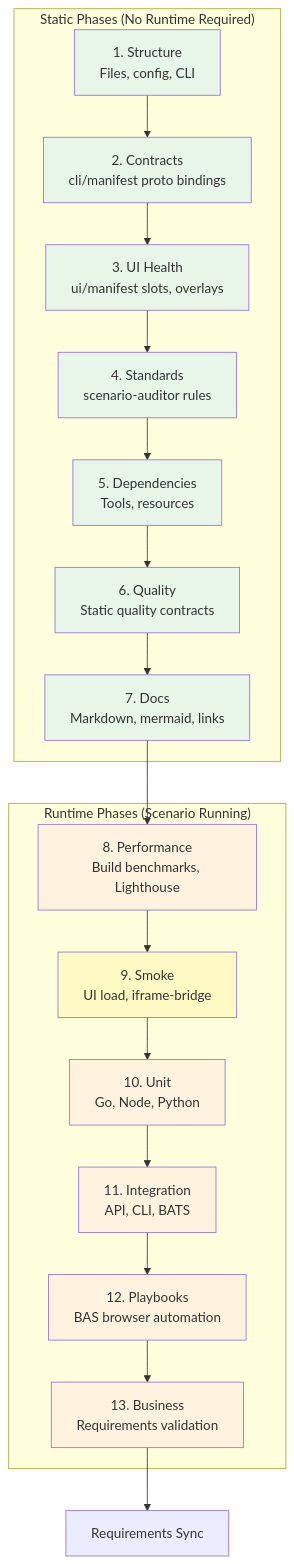
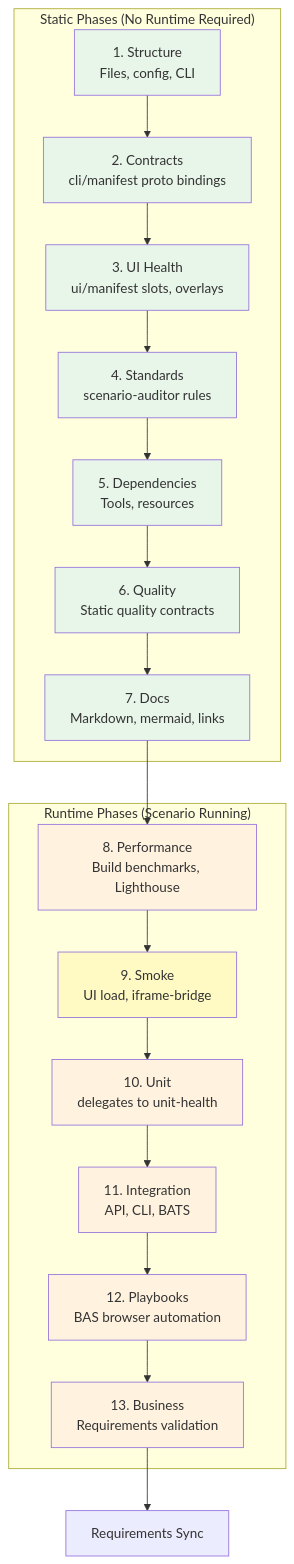
One commit to Vrooli/Vrooli changed the diagram in scenarios/test-genie/docs/phases/README.md. Above: the diagram before and after it, drawn with Mermaid. The commit also changed other lines of this file and 37 other files, not shown here.

````diff
--- a/scenarios/test-genie/docs/phases/README.md
+++ b/scenarios/test-genie/docs/phases/README.md
@@ -9,39 +9,39 @@
 ```mermaid
 graph TB
     subgraph "Static Phases (No Runtime Required)"
         P1[1. Structure<br/>Files, config, CLI]
         P2[2. Contracts<br/>cli/manifest proto bindings]
         P3[3. UI Health<br/>ui/manifest slots, overlays]
         P4[4. Standards<br/>scenario-auditor rules]
         P5[5. Dependencies<br/>Tools, resources]
         P6[6. Quality<br/>Static quality contracts]
         P7[7. Docs<br/>Markdown, mermaid, links]
     end
 
     subgraph "Runtime Phases (Scenario Running)"
         P8[8. Performance<br/>Build benchmarks, Lighthouse]
         P9[9. Smoke<br/>UI load, iframe-bridge]
-        P10[10. Unit<br/>Go, Node, Python]
+        P10[10. Unit<br/>delegates to unit-health]
         P11[11. Integration<br/>API, CLI, BATS]
         P12[12. Playbooks<br/>BAS browser automation]
         P13[13. Business<br/>Requirements validation]
     end
 
     P1 --> P2 --> P3 --> P4 --> P5 --> P6 --> P7 --> P8 --> P9 --> P10 --> P11 --> P12 --> P13
 
     P13 --> SYNC[Requirements Sync]
 
     style P1 fill:#e8f5e9
     style P2 fill:#e8f5e9
     style P3 fill:#e8f5e9
     style P4 fill:#e8f5e9
     style P5 fill:#e8f5e9
     style P6 fill:#e8f5e9
     style P7 fill:#e8f5e9
     style P8 fill:#fff3e0
     style P9 fill:#fff9c4
     style P10 fill:#fff3e0
     style P11 fill:#fff3e0
     style P12 fill:#fff3e0
     style P13 fill:#fff3e0
 ```
````
